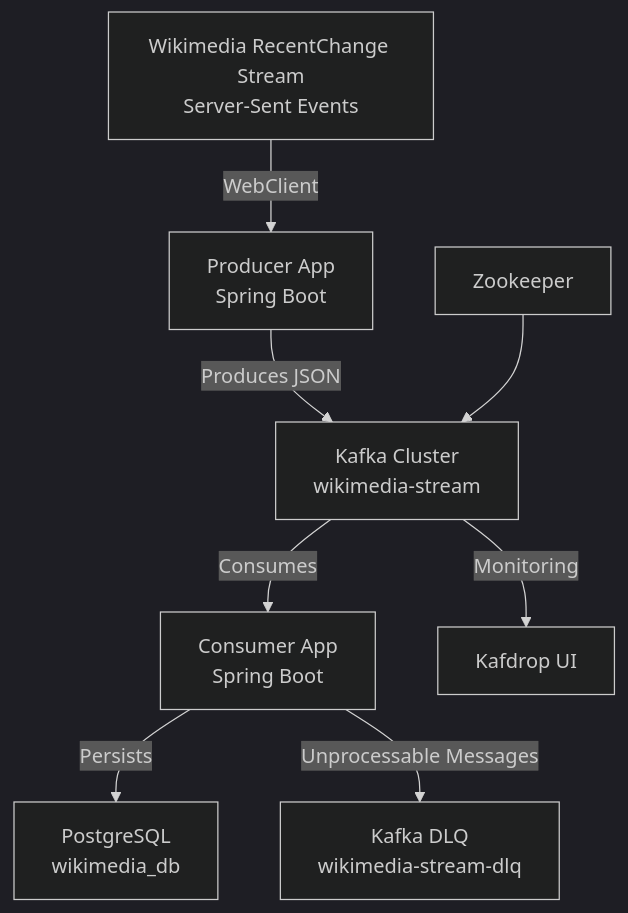
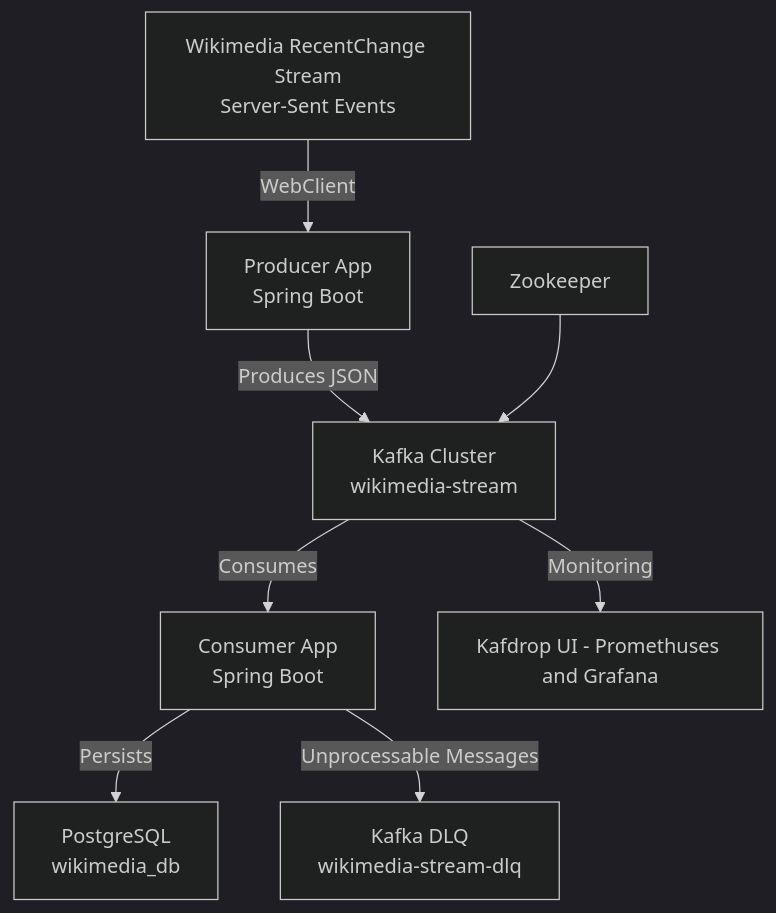
The diagram in README.md (MrBomber0x001/Kafka-Spring-Boot-Demo), drawn with Mermaid (dark theme) before and after one commit.

````diff
--- a/README.md
+++ b/README.md
@@ -11,10 +11,10 @@
 ```mermaid
 graph TD
     A[Wikimedia RecentChange Stream<br>Server-Sent Events] -->|WebClient| B[Producer App<br>Spring Boot]
     B -->|Produces JSON| C[Kafka Cluster<br>wikimedia-stream]
     C -->|Consumes| D[Consumer App<br>Spring Boot]
     D -->|Persists| E[PostgreSQL<br>wikimedia_db]
     D -->|Unprocessable Messages| F[Kafka DLQ<br>wikimedia-stream-dlq]
-    C -->|Monitoring| G[Kafdrop UI]
+    C -->|Monitoring| G[Kafdrop UI - Promethuses and Grafana]
     H[Zookeeper] --> C
 ```
````
